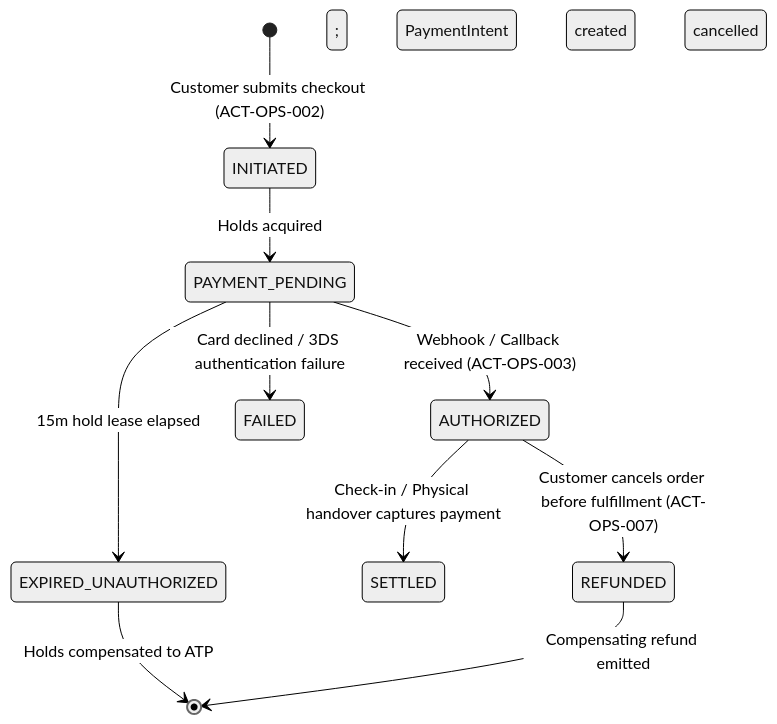
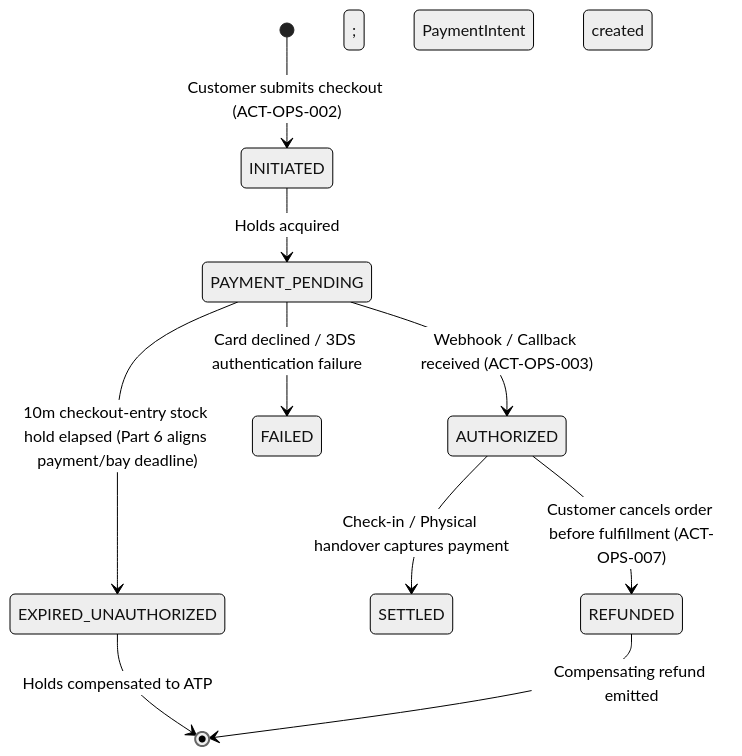
The diagram in docs/architecture/service-blueprints/services/automotive-operations.md (basic-app-dev/tire-store-app), drawn with Mermaid (neutral theme) before and after one commit. The commit also changed other lines of this file and 12 other files, not shown here.

````diff
--- a/docs/architecture/service-blueprints/services/automotive-operations.md
+++ b/docs/architecture/service-blueprints/services/automotive-operations.md
@@ -279,12 +270,12 @@
 ```mermaid
 stateDiagram-v2
     [*] --> INITIATED : Customer submits checkout (ACT-OPS-002)
     INITIATED --> PAYMENT_PENDING : Holds acquired; PaymentIntent created
     PAYMENT_PENDING --> AUTHORIZED : Webhook / Callback received (ACT-OPS-003)
-    PAYMENT_PENDING --> EXPIRED_UNAUTHORIZED : 15m hold lease elapsed; PaymentIntent cancelled
+    PAYMENT_PENDING --> EXPIRED_UNAUTHORIZED : 10m checkout-entry stock hold elapsed (Part 6 aligns payment/bay deadline)
     AUTHORIZED --> SETTLED : Check-in / Physical handover captures payment
     AUTHORIZED --> REFUNDED : Customer cancels order before fulfillment (ACT-OPS-007)
     PAYMENT_PENDING --> FAILED : Card declined / 3DS authentication failure
     EXPIRED_UNAUTHORIZED --> [*] : Holds compensated to ATP
     REFUNDED --> [*] : Compensating refund emitted
 ```
````
